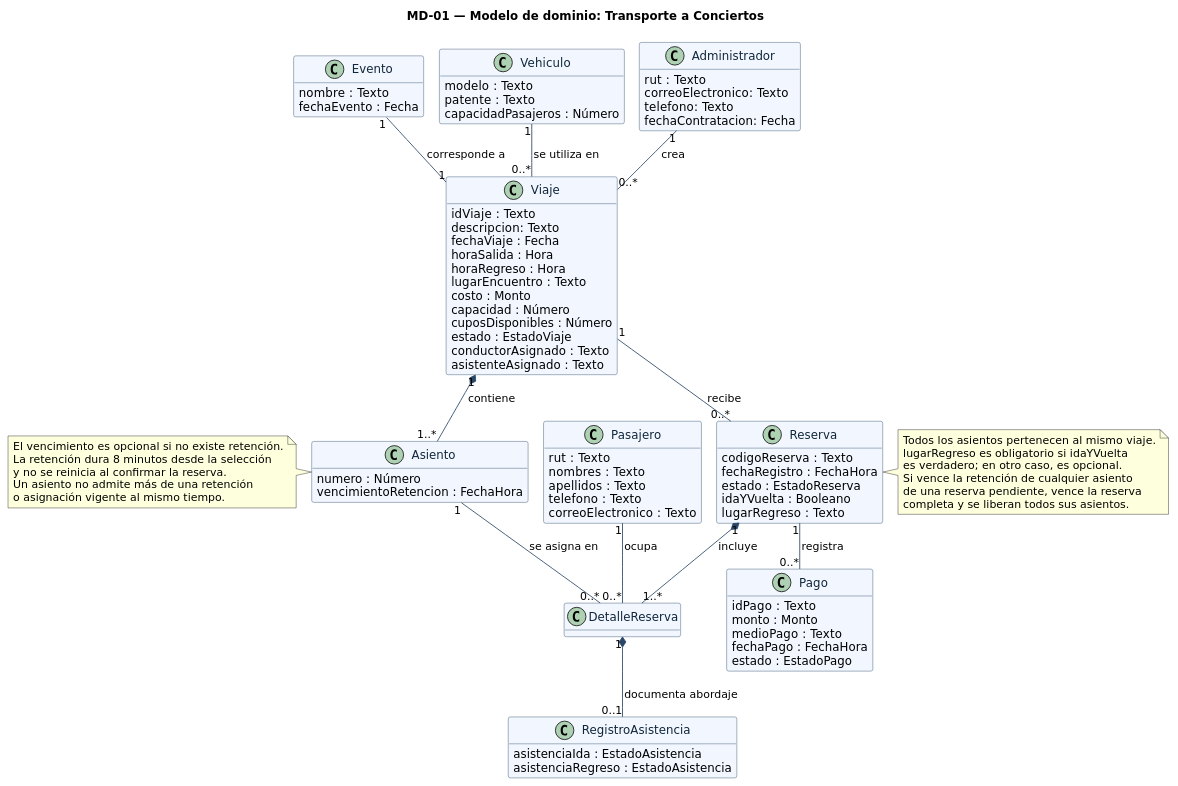
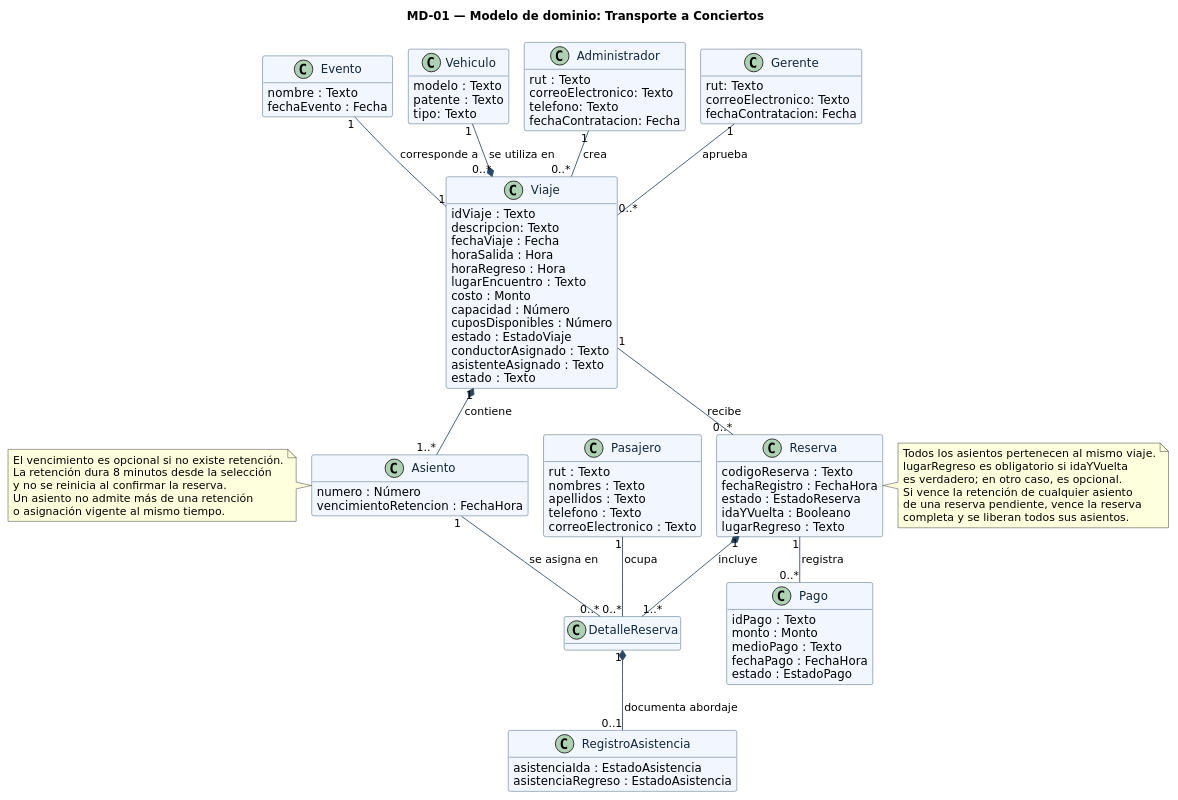
Before and after one commit to IngReqGrupo2/Proyecto_TransporteHaciaConcierto: the diagram in diagramas/modelo-dominio.puml, drawn with PlantUML. The commit also changed 5 other files, not shown here.

```diff
--- a/diagramas/modelo-dominio.puml
+++ b/diagramas/modelo-dominio.puml
@@ -1,102 +1,111 @@
 @startuml
 !pragma layout smetana
 title MD-01 — Modelo de dominio: Transporte a Conciertos
 skinparam backgroundColor #FFFFFF
 skinparam classAttributeIconSize 0
 skinparam shadowing false
 skinparam defaultFontName DejaVu Sans
 skinparam class {
   BackgroundColor #F2F7FF
   BorderColor #294766
   ArrowColor #294766
   FontColor #10263C
 }
 hide methods
 class Evento {
   nombre : Texto
   fechaEvento : Fecha
 }
 class Viaje {
   idViaje : Texto
   descripcion: Texto
   fechaViaje : Fecha
   horaSalida : Hora
   horaRegreso : Hora
   lugarEncuentro : Texto
   costo : Monto
   capacidad : Número
   cuposDisponibles : Número
   estado : EstadoViaje
   conductorAsignado : Texto
   asistenteAsignado : Texto
+  estado : Texto
 }
 class Asiento {
   numero : Número
   vencimientoRetencion : FechaHora
 }
 class Vehiculo {
   modelo : Texto
   patente : Texto
-  capacidadPasajeros : Número
+  tipo: Texto
 }
 class Administrador{
   rut : Texto
   correoElectronico: Texto
   telefono: Texto
   fechaContratacion: Fecha
 }
 class Pasajero {
   rut : Texto
   nombres : Texto
   apellidos : Texto
   telefono : Texto
   correoElectronico : Texto
 }
 class Reserva {
   codigoReserva : Texto
   fechaRegistro : FechaHora
   estado : EstadoReserva
   idaYVuelta : Booleano
   lugarRegreso : Texto
 }
 class DetalleReserva {
 }
+
 class Pago {
   idPago : Texto
   monto : Monto
   medioPago : Texto
   fechaPago : FechaHora
   estado : EstadoPago
 }
 class RegistroAsistencia {
   asistenciaIda : EstadoAsistencia
   asistenciaRegreso : EstadoAsistencia
 }
+
+class Gerente{
+    rut: Texto
+    correoElectronico: Texto
+    fechaContratacion: Fecha
+}
 Evento "1" -- "1" Viaje : corresponde a
-Vehiculo "1" -- "0..*" Viaje : se utiliza en
+Vehiculo "1" --* "0..*" Viaje : se utiliza en
 Viaje "1" *-- "1..*" Asiento : contiene
 Viaje "1" -- "0..*" Reserva : recibe
 Reserva "1" *-- "1..*" DetalleReserva : incluye
 Asiento "1" -- "0..*" DetalleReserva : se asigna en
 Pasajero "1" -- "0..*" DetalleReserva : ocupa
 Reserva "1" -- "0..*" Pago : registra
 DetalleReserva "1" *-- "0..1" RegistroAsistencia : documenta abordaje
 Administrador "1" -- "0..*" Viaje : crea
+Gerente "1" -- "0..*" Viaje : aprueba
 
 note left of Asiento
   El vencimiento es opcional si no existe retención.
   La retención dura 8 minutos desde la selección
   y no se reinicia al confirmar la reserva.
   Un asiento no admite más de una retención
   o asignación vigente al mismo tiempo.
 end note
 
 note right of Reserva
   Todos los asientos pertenecen al mismo viaje.
   lugarRegreso es obligatorio si idaYVuelta
   es verdadero; en otro caso, es opcional.
   Si vence la retención de cualquier asiento
   de una reserva pendiente, vence la reserva
   completa y se liberan todos sus asientos.
 end note
 @enduml
```
